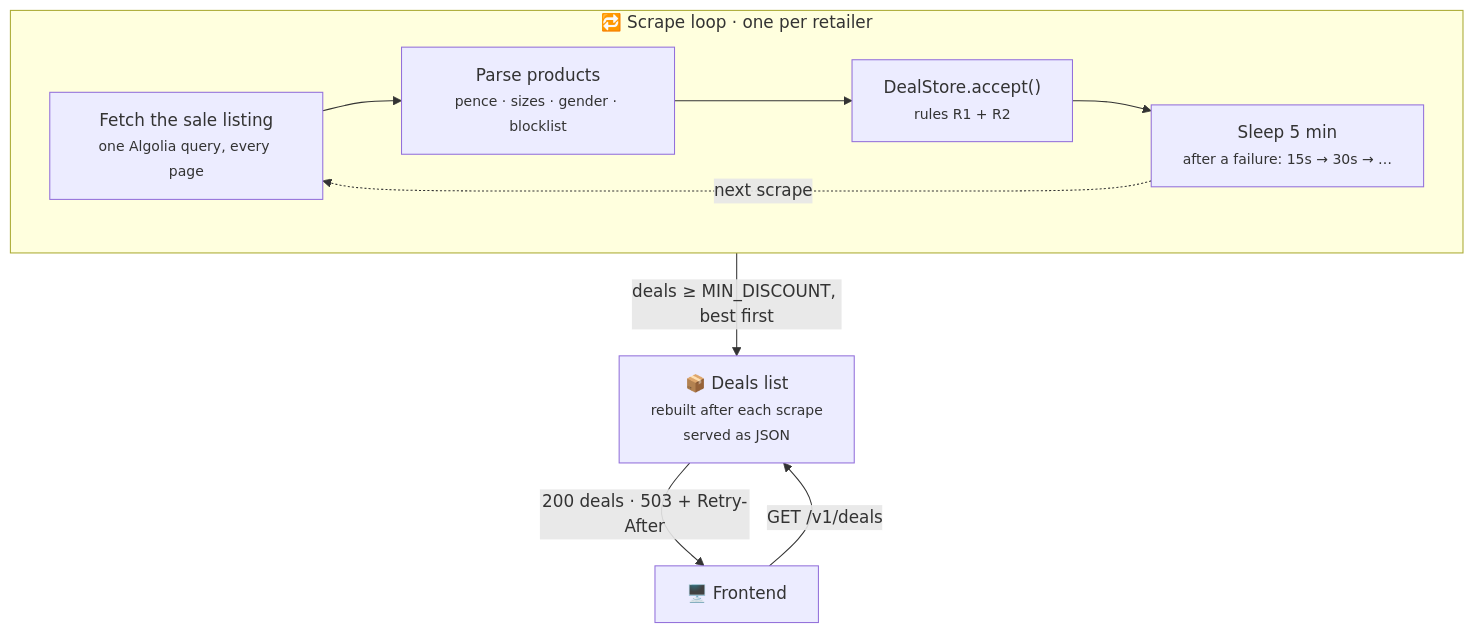
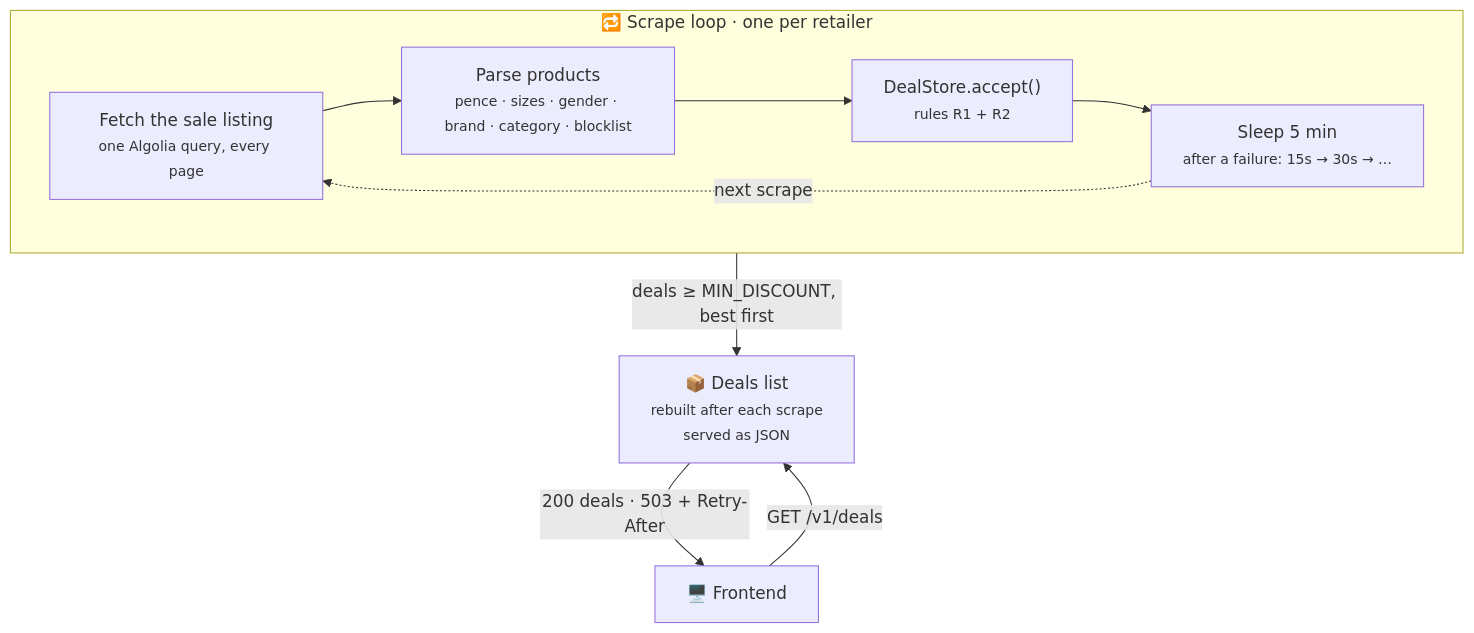
One commit to JahanU/bargain-web-scraper changed the first of 2 diagrams in backend/README.md. Above: the diagram before and after it, drawn with Mermaid. The commit also changed other lines of this file and 9 other files, not shown here.

First line of the commit message:
feat(backend): filter deals by category and brand, serve brand counts

````diff
--- a/backend/README.md
+++ b/backend/README.md
@@ -5,19 +5,19 @@
 ```mermaid
 flowchart TB
     subgraph loop["🔁 Scrape loop · one per retailer"]
         direction LR
         fetch["Fetch the sale listing<br/><small>one Algolia query, every page</small>"]
-        parse["Parse products<br/><small>pence · sizes · gender · blocklist</small>"]
+        parse["Parse products<br/><small>pence · sizes · gender · brand · category · blocklist</small>"]
         accept["DealStore.accept()<br/><small>rules R1 + R2</small>"]
         wait["Sleep 5 min<br/><small>after a failure: 15s → 30s → …</small>"]
         fetch --> parse --> accept --> wait
         wait -. next scrape .-> fetch
     end
 
     built["📦 Deals list<br/><small>rebuilt after each scrape<br/>served as JSON</small>"]
     client["🖥️ Frontend"]
 
     accept -- "deals ≥ MIN_DISCOUNT, best first" --> built
     client -- "GET /v1/deals" --> built
     built -- "200 deals · 503 + Retry-After" --> client
 ```
````
